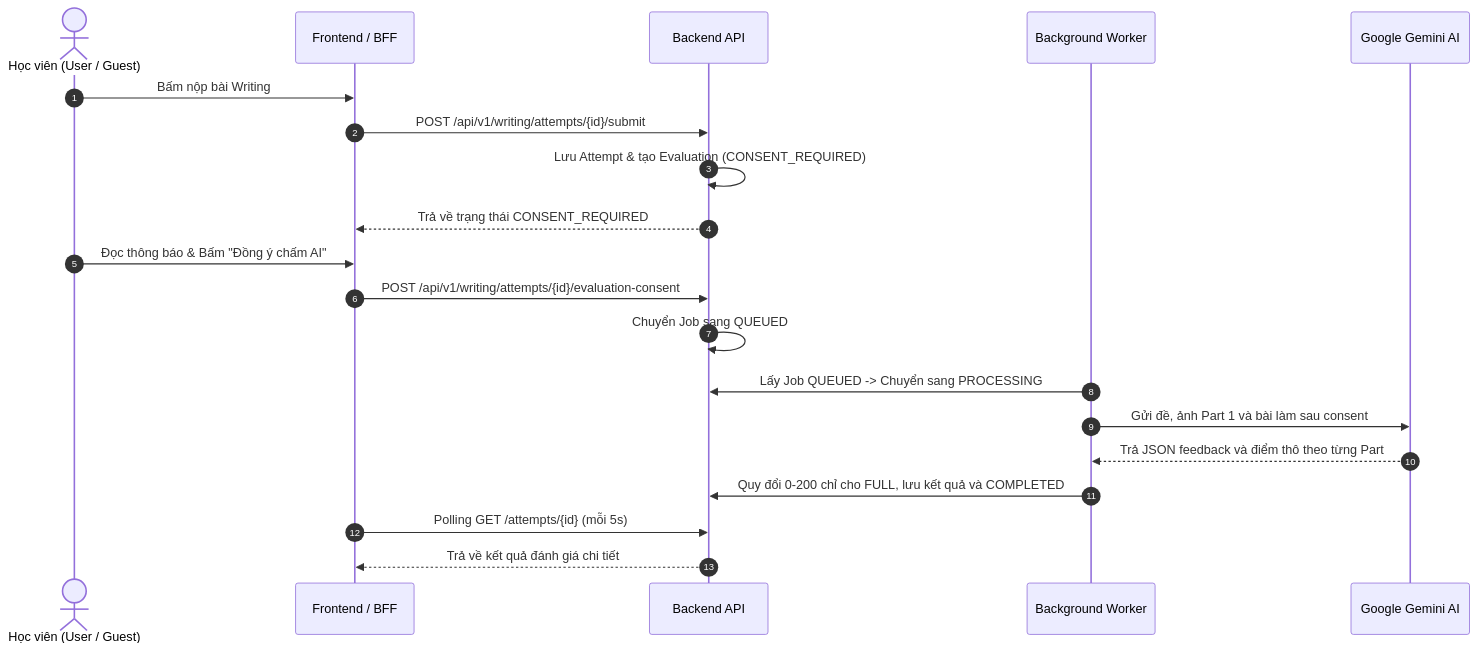
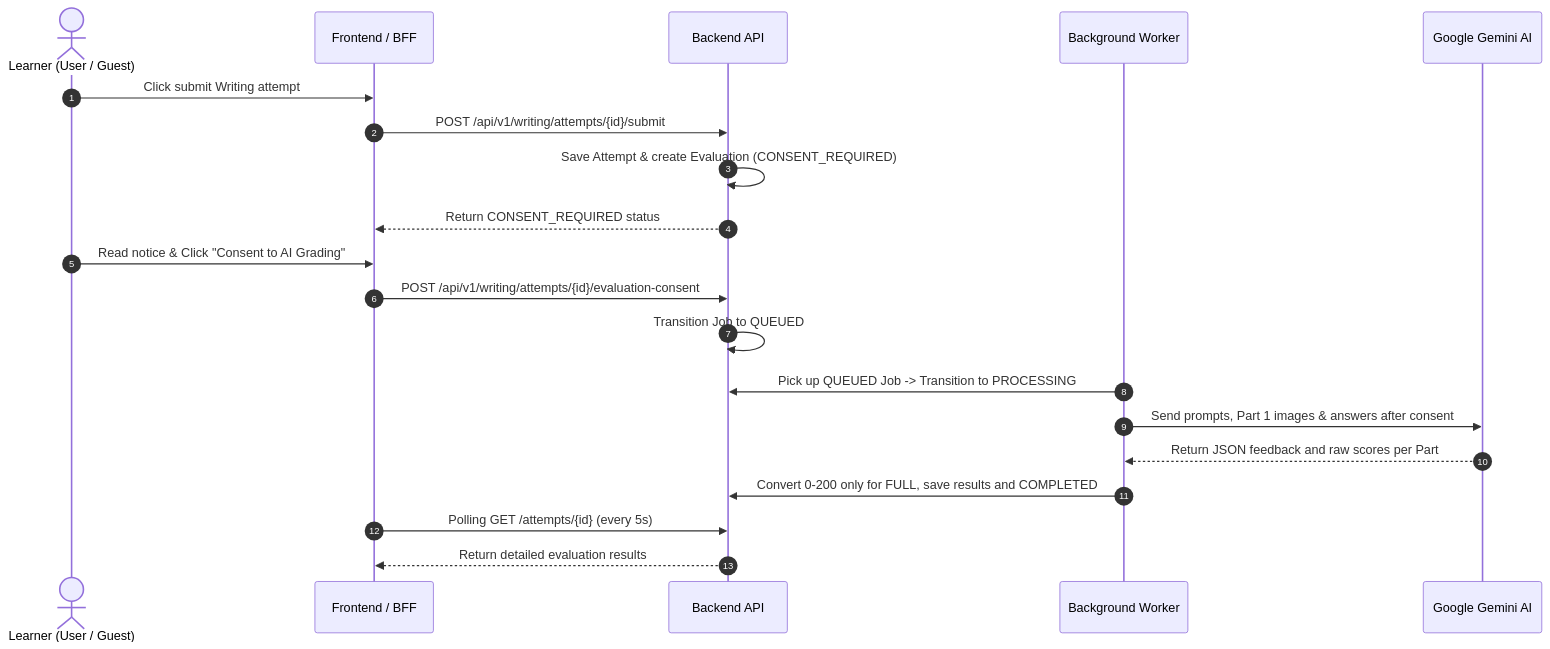
The diagram in docs/features/writing/spec.md (karasuma-2401/TOEICMaster-BE), drawn with Mermaid before and after one commit. The commit also changed other lines of this file and 168 other files, not shown here.

````diff
--- a/docs/features/writing/spec.md
+++ b/docs/features/writing/spec.md
@@ -56,23 +56,23 @@
 ```mermaid
 sequenceDiagram
     autonumber
-    actor User as Học viên (User / Guest)
+    actor User as Learner (User / Guest)
     participant FE as Frontend / BFF
     participant API as Backend API
     participant Worker as Background Worker
     participant Gemini as Google Gemini AI
 
-    User->>FE: Bấm nộp bài Writing
+    User->>FE: Click submit Writing attempt
     FE->>API: POST /api/v1/writing/attempts/{id}/submit
-    API->>API: Lưu Attempt & tạo Evaluation (CONSENT_REQUIRED)
-    API-->>FE: Trả về trạng thái CONSENT_REQUIRED
-    User->>FE: Đọc thông báo & Bấm "Đồng ý chấm AI"
+    API->>API: Save Attempt & create Evaluation (CONSENT_REQUIRED)
+    API-->>FE: Return CONSENT_REQUIRED status
+    User->>FE: Read notice & Click "Consent to AI Grading"
     FE->>API: POST /api/v1/writing/attempts/{id}/evaluation-consent
-    API->>API: Chuyển Job sang QUEUED
-    Worker->>API: Lấy Job QUEUED -> Chuyển sang PROCESSING
-    Worker->>Gemini: Gửi đề, ảnh Part 1 và bài làm sau consent
-    Gemini-->>Worker: Trả JSON feedback và điểm thô theo từng Part
-    Worker->>API: Quy đổi 0-200 chỉ cho FULL, lưu kết quả và COMPLETED
-    FE->>API: Polling GET /attempts/{id} (mỗi 5s)
-    API-->>FE: Trả về kết quả đánh giá chi tiết
+    API->>API: Transition Job to QUEUED
+    Worker->>API: Pick up QUEUED Job -> Transition to PROCESSING
+    Worker->>Gemini: Send prompts, Part 1 images & answers after consent
+    Gemini-->>Worker: Return JSON feedback and raw scores per Part
+    Worker->>API: Convert 0-200 only for FULL, save results and COMPLETED
+    FE->>API: Polling GET /attempts/{id} (every 5s)
+    API-->>FE: Return detailed evaluation results
 ```
````
